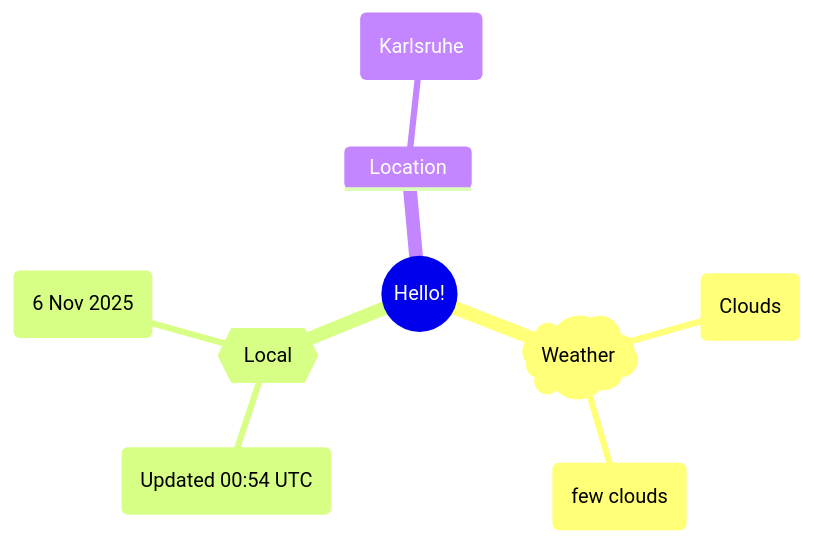
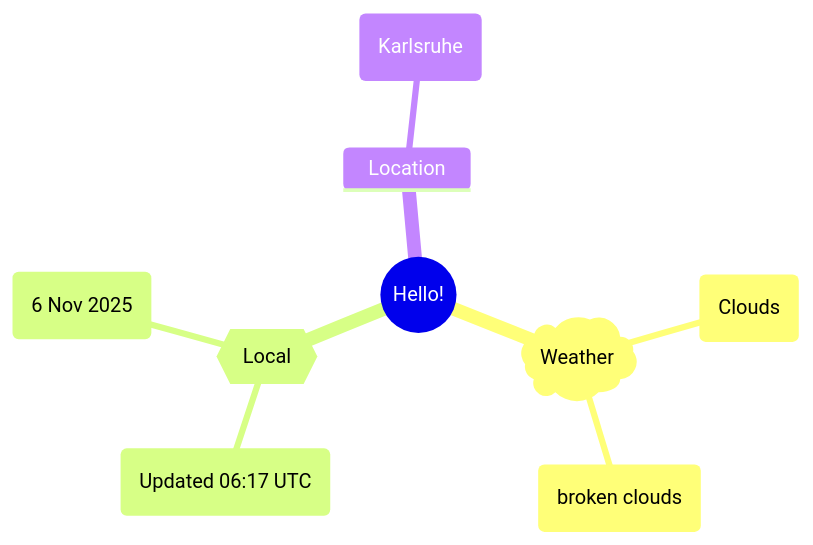
Before and after one commit to Xosrov/Xosrov: the first of 2 diagrams in README.md, drawn with Mermaid.

Commit message:
[bot] updated images

````diff
--- a/README.md
+++ b/README.md
@@ -3,12 +3,12 @@
 ```mermaid
 mindmap
   root((Hello!))
     )Weather(
         (Clouds)
-        (few clouds)
+        (broken clouds)
     {{Local}}
-        (Updated 00:54 UTC)
+        (Updated 06:17 UTC)
         (6 Nov 2025)
     Location
         (Karlsruhe)
 ```
````
